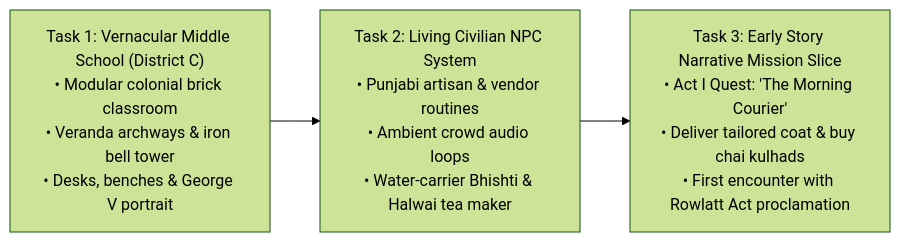
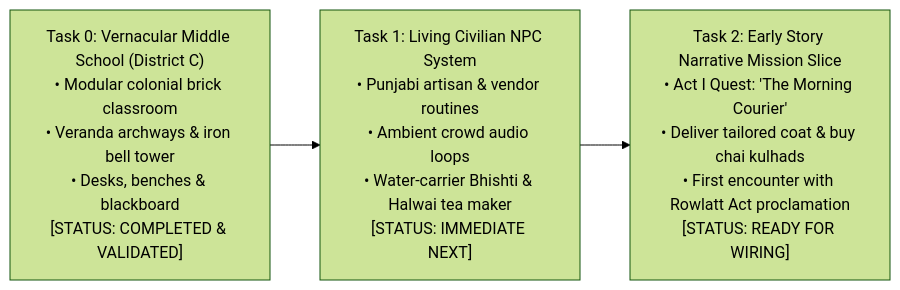
The diagram in Documentation/NEXT_STEPS.md (npal78229-eng/REVOLUTION-Game), drawn with Mermaid (forest theme) before and after one commit. The commit also changed other lines of this file and 28 other files, not shown here.

First line of the commit message:
feat(environment): assemble District C Vernacular Middle School and Family Tailor Workshop

````diff
--- a/Documentation/NEXT_STEPS.md
+++ b/Documentation/NEXT_STEPS.md
@@ -12,11 +12,11 @@
 ```mermaid
 flowchart LR
-    Task1["Task 1: Vernacular Middle School (District C)\n• Modular colonial brick classroom\n• Veranda archways & iron bell tower\n• Desks, benches & George V portrait"]
+    Task0["Task 0: Vernacular Middle School (District C)\n• Modular colonial brick classroom\n• Veranda archways & iron bell tower\n• Desks, benches & blackboard\n[STATUS: COMPLETED & VALIDATED]"]
     
-    Task2["Task 2: Living Civilian NPC System\n• Punjabi artisan & vendor routines\n• Ambient crowd audio loops\n• Water-carrier Bhishti & Halwai tea maker"]
+    Task1["Task 1: Living Civilian NPC System\n• Punjabi artisan & vendor routines\n• Ambient crowd audio loops\n• Water-carrier Bhishti & Halwai tea maker\n[STATUS: IMMEDIATE NEXT]"]
     
-    Task3["Task 3: Early Story Narrative Mission Slice\n• Act I Quest: 'The Morning Courier'\n• Deliver tailored coat & buy chai kulhads\n• First encounter with Rowlatt Act proclamation"]
+    Task2["Task 2: Early Story Narrative Mission Slice\n• Act I Quest: 'The Morning Courier'\n• Deliver tailored coat & buy chai kulhads\n• First encounter with Rowlatt Act proclamation\n[STATUS: READY FOR WIRING]"]
 
+    Task0 --> Task1
     Task1 --> Task2
-    Task2 --> Task3
 ```
````
